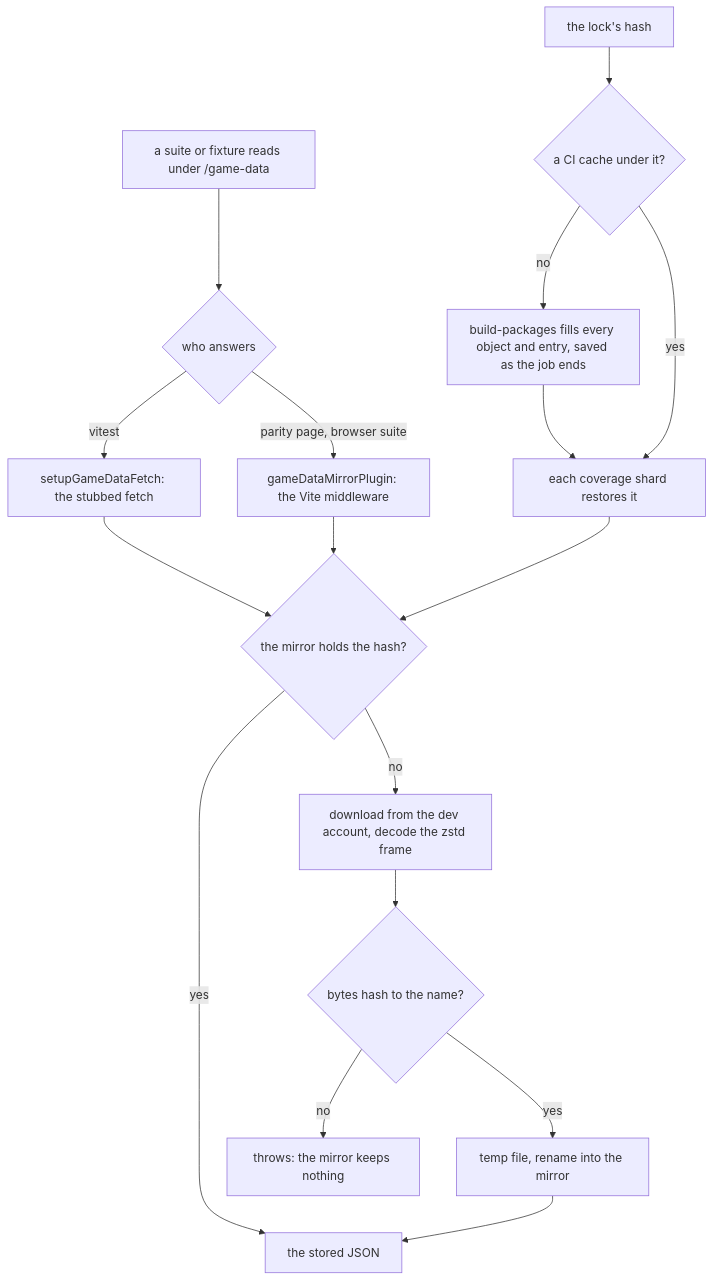
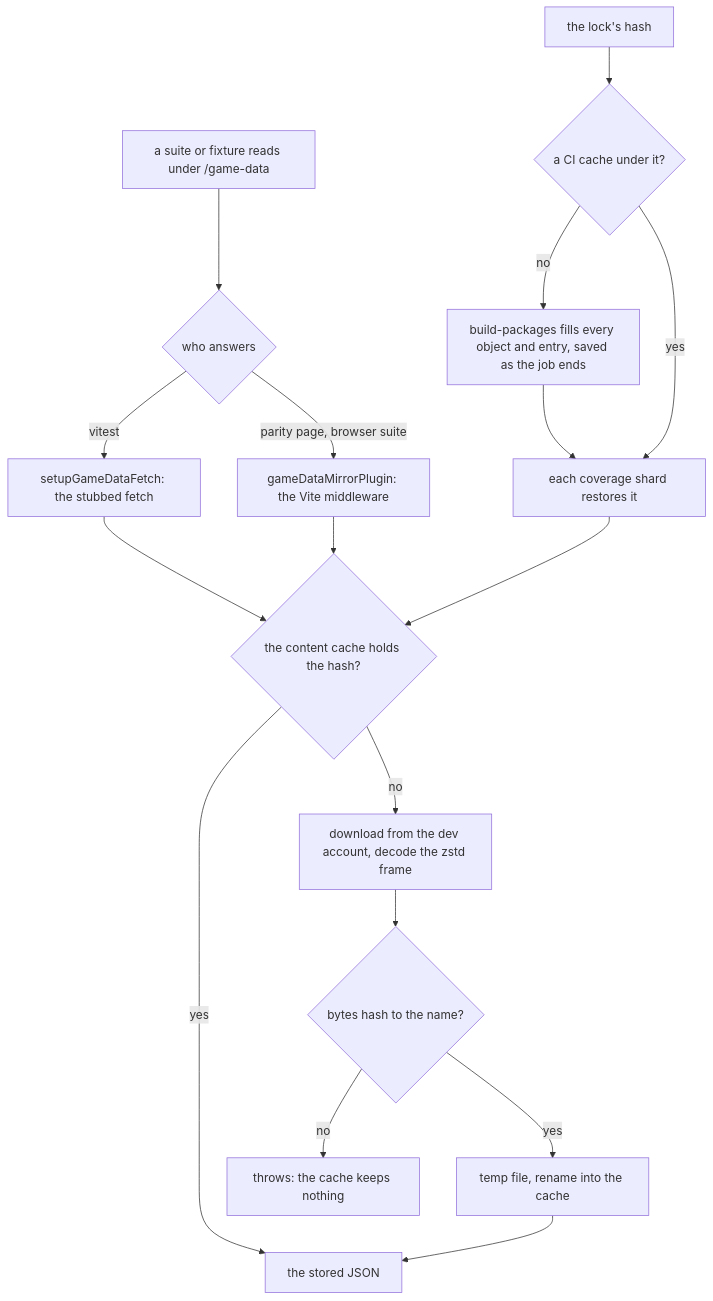
Before and after one commit to Esposter/Esposter: the fifth of 5 diagrams in apps/web/content/docs/genshin/hosted-game-data.md, drawn with Mermaid. The commit also changed other lines of this file and 22 other files, not shown here.

First line of the commit message:
perf(cache): every game data read on a machine goes through one content-addressed cache

````diff
--- a/apps/web/content/docs/genshin/hosted-game-data.md
+++ b/apps/web/content/docs/genshin/hosted-game-data.md
@@ -187,19 +187,19 @@
 ```mermaid
 flowchart TD
   Suite["a suite or fixture reads under /game-data"] --> Route{"who answers"}
   Route -->|vitest| Fetch["setupGameDataFetch: the stubbed fetch"]
   Route -->|"parity page, browser suite"| Middleware["gameDataMirrorPlugin: the Vite middleware"]
-  Fetch --> Mirror{"the mirror holds the hash?"}
+  Fetch --> Mirror{"the content cache holds the hash?"}
   Middleware --> Mirror
   Mirror -->|yes| Serve["the stored JSON"]
   Mirror -->|no| Download["download from the dev account, decode the zstd frame"]
   Download --> Hash{"bytes hash to the name?"}
-  Hash -->|no| Refuse["throws: the mirror keeps nothing"]
-  Hash -->|yes| Store["temp file, rename into the mirror"]
+  Hash -->|no| Refuse["throws: the cache keeps nothing"]
+  Hash -->|yes| Store["temp file, rename into the cache"]
   Store --> Serve
   Lock["the lock's hash"] --> Cached{"a CI cache under it?"}
   Cached -->|no| Fill["build-packages fills every object and entry, saved as the job ends"]
   Cached -->|yes| Restore["each coverage shard restores it"]
   Fill --> Restore
   Restore --> Mirror
 ```
````
